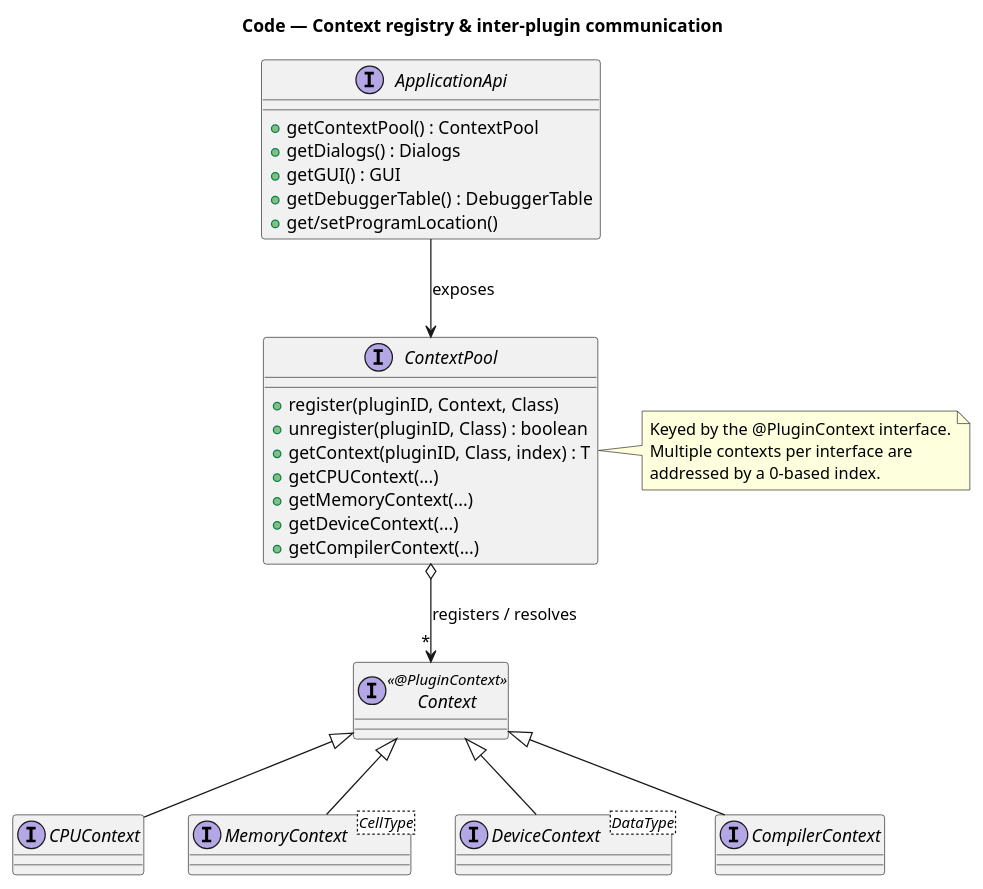
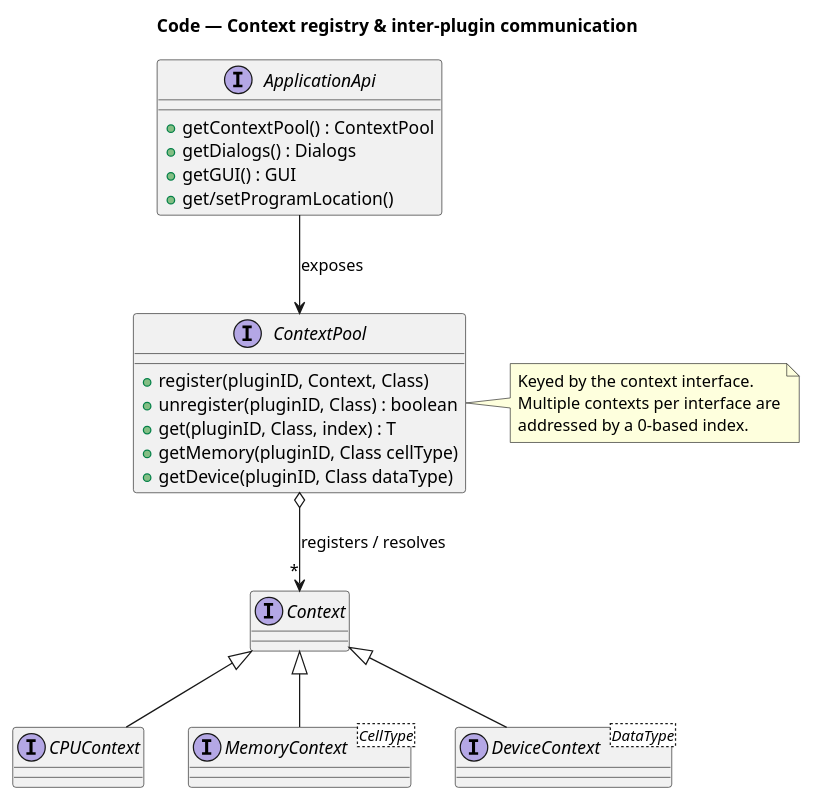
The fifth of 6 diagrams in docs/architecture.adoc (emustudio/emuLib), drawn with PlantUML before and after one commit. The commit also changed other lines of this file and 101 other files, not shown here.

```diff
--- a/docs/architecture.adoc
+++ b/docs/architecture.adoc
@@ -360,44 +360,39 @@
 [plantuml,c4-l4-context,svg]
 ....
 @startuml
 title Code — Context registry & inter-plugin communication
 
 interface ApplicationApi {
   +getContextPool() : ContextPool
   +getDialogs() : Dialogs
   +getGUI() : GUI
-  +getDebuggerTable() : DebuggerTable
   +get/setProgramLocation()
 }
 
 interface ContextPool {
   +register(pluginID, Context, Class)
   +unregister(pluginID, Class) : boolean
-  +getContext(pluginID, Class, index) : T
-  +getCPUContext(...)
-  +getMemoryContext(...)
-  +getDeviceContext(...)
-  +getCompilerContext(...)
+  +get(pluginID, Class, index) : T
+  +getMemory(pluginID, Class cellType)
+  +getDevice(pluginID, Class dataType)
 }
 
-interface Context <<@PluginContext>>
+interface Context
 interface CPUContext
 interface "MemoryContext<CellType>" as MemoryContext
 interface "DeviceContext<DataType>" as DeviceContext
-interface CompilerContext
 
 Context <|-- CPUContext
 Context <|-- MemoryContext
 Context <|-- DeviceContext
-Context <|-- CompilerContext
 
 ApplicationApi --> ContextPool : exposes
 ContextPool o--> "*" Context : registers / resolves
 
 note right of ContextPool
-  Keyed by the @PluginContext interface.
+  Keyed by the context interface.
   Multiple contexts per interface are
   addressed by a 0-based index.
 end note
 @enduml
 ....
```
